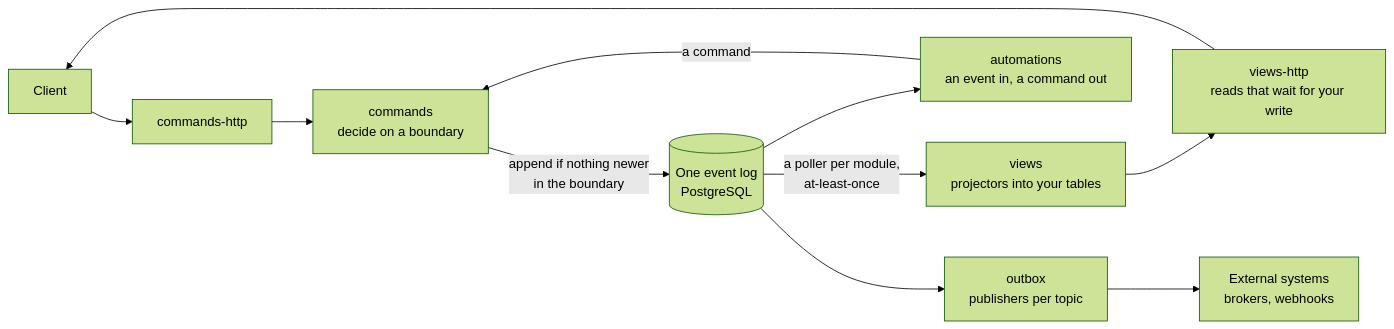
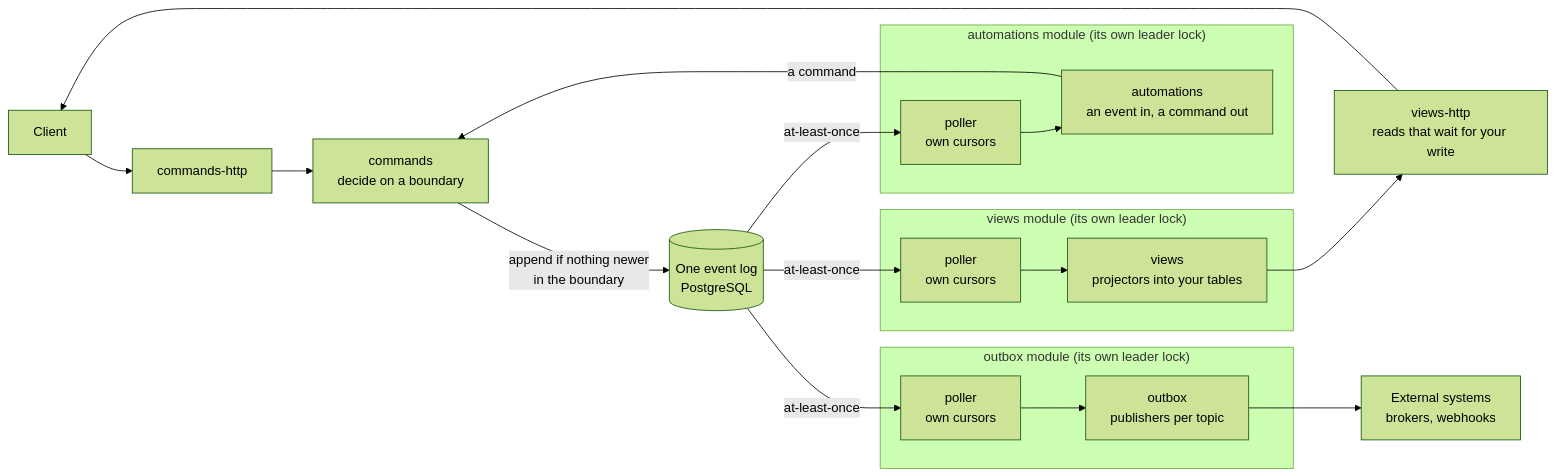
One commit to rodolfodpk/ts-effect-crablet changed the diagram in README.md. Above: the diagram before and after it, drawn with Mermaid (forest theme). The commit also changed 1 other file, not shown here.

Commit message:
Diagrams: one poller per module in the README and the whole-system diagram, each with its own leader lock

````diff
--- a/README.md
+++ b/README.md
@@ -26,15 +26,25 @@
 ```mermaid
 flowchart LR
   client["Client"] --> api["commands-http"]
   api --> cmd["commands<br/>decide on a boundary"]
   cmd -- "append if nothing newer<br/>in the boundary" --> log[("One event log<br/>PostgreSQL")]
 
-  log -- "a poller per module,<br/>at-least-once" --> views["views<br/>projectors into your tables"]
-  log --> auto["automations<br/>an event in, a command out"]
-  log --> outbox["outbox<br/>publishers per topic"]
+  subgraph vm["views module (its own leader lock)"]
+    pv["poller<br/>own cursors"] --> views["views<br/>projectors into your tables"]
+  end
+  subgraph am["automations module (its own leader lock)"]
+    pa["poller<br/>own cursors"] --> auto["automations<br/>an event in, a command out"]
+  end
+  subgraph om["outbox module (its own leader lock)"]
+    po["poller<br/>own cursors"] --> outbox["outbox<br/>publishers per topic"]
+  end
+
+  log -- "at-least-once" --> pv
+  log -- "at-least-once" --> pa
+  log -- "at-least-once" --> po
 
   views --> read["views-http<br/>reads that wait for your write"]
   read --> client
   auto -- "a command" --> cmd
   outbox --> ext["External systems<br/>brokers, webhooks"]
 ```
````
